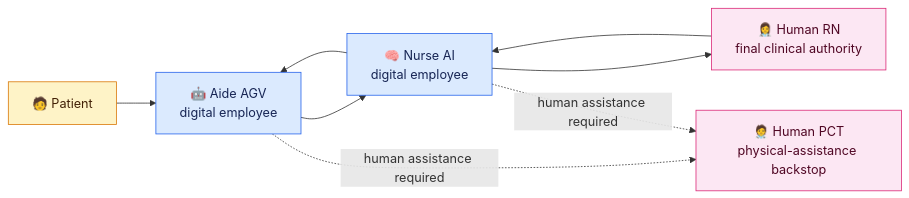
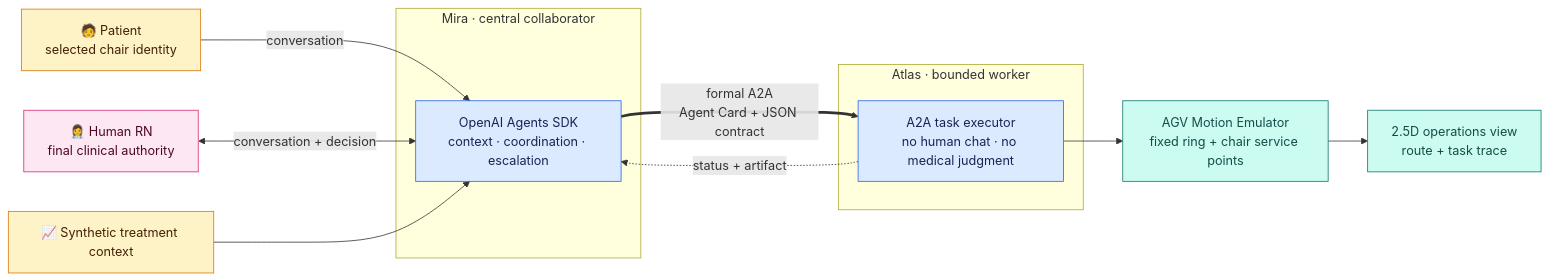
Before and after one commit to fmlin0429712024/ichd-agentic-system: the first of 2 diagrams in README.md, drawn with Mermaid. The commit also changed other lines of this file and 37 other files, not shown here.

Commit message:
Baseline Mira coordinator and Atlas worker POC

````diff
--- a/README.md
+++ b/README.md
@@ -63,15 +51,29 @@
 ```mermaid
 flowchart LR
-    P["🧑 Patient"] --> A["🤖 Aide AGV<br/>digital employee"]
-    A --> M["🧠 Nurse AI<br/>digital employee"]
-    M --> J["👩‍⚕️ Human RN<br/>final clinical authority"]
-    J --> M --> A
-    A -. "human assistance required" .-> C["🧑‍⚕️ Human PCT<br/>physical-assistance backstop"]
-    M -. "human assistance required" .-> C
-    classDef patient fill:#FEF3C7,stroke:#D97706,color:#422006
+    P["🧑 Patient<br/>selected chair identity"] -->|"conversation"| M
+    R["👩‍⚕️ Human RN<br/>final clinical authority"] <-->|"conversation + decision"| M
+    D["📈 Synthetic treatment context"] --> M
+
+    subgraph COORDINATOR["Mira · central collaborator"]
+        M["OpenAI Agents SDK<br/>context · coordination · escalation"]
+    end
+
+    M ==>|"formal A2A<br/>Agent Card + JSON contract"| A
+    A -. "status + artifact" .-> M
+
+    subgraph WORKER["Atlas · bounded worker"]
+        A["A2A task executor<br/>no human chat · no medical judgment"]
+    end
+
+    A --> S["AGV Motion Emulator<br/>fixed ring + chair service points"]
+    S --> V["2.5D operations view<br/>route + task trace"]
+
+    classDef source fill:#FEF3C7,stroke:#D97706,color:#422006
+    classDef human fill:#FCE7F3,stroke:#DB2777,color:#500724
     classDef digital fill:#DBEAFE,stroke:#2563EB,color:#172554
-    classDef human fill:#FCE7F3,stroke:#DB2777,color:#500724
-    class P patient
-    class A,M digital
-    class J,C human
+    classDef visual fill:#CCFBF1,stroke:#0F766E,color:#134E4A
+    class P,D source
+    class R human
+    class M,A digital
+    class S,V visual
 ```
````
